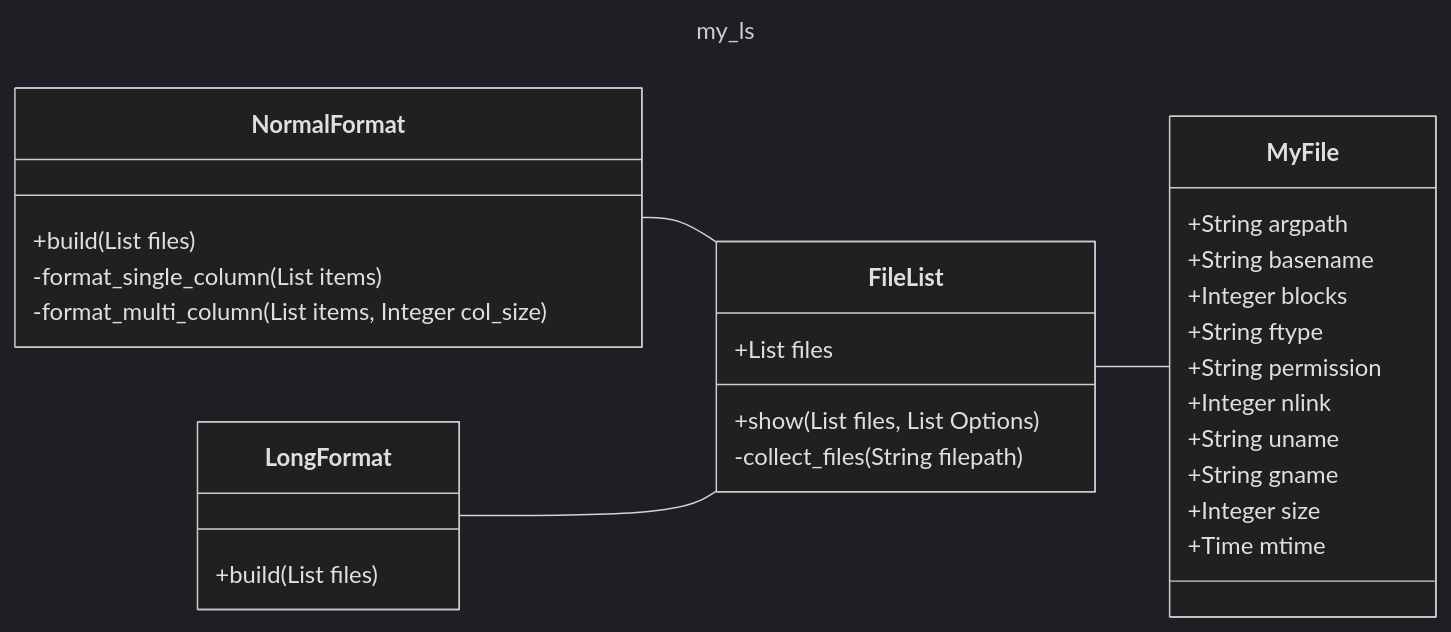
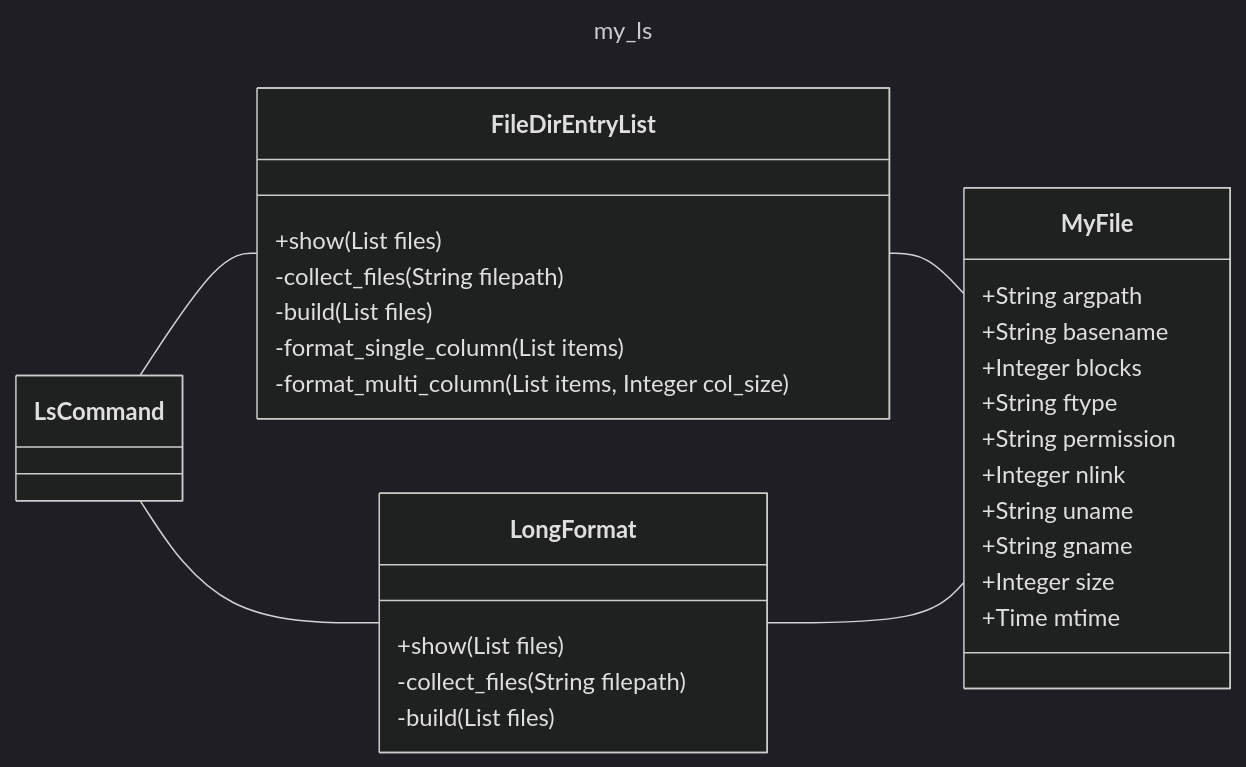
One commit to miyanew/ruby-practices changed the first of 2 diagrams in 07.ls_object/doc/class_diagram.md. Above: the diagram before and after it, drawn with Mermaid (dark theme). The commit also changed other lines of this file, not shown here.

Commit message:
クラス図の修正。呼出し元を明示

````diff
--- a/07.ls_object/doc/class_diagram.md
+++ b/07.ls_object/doc/class_diagram.md
@@ -1,36 +1,38 @@
 ```mermaid
 ---
 title: my_ls
 ---
 
 classDiagram
     direction LR
-    NormalFormat -- FileList
-    LongFormat -- FileList
-    FileList -- MyFile
-    class NormalFormat{
-      +build(List files)
+    LsCommand -- FileDirEntryList
+    LsCommand -- LongFormat
+    FileDirEntryList -- MyFile
+    LongFormat -- MyFile
+
+    class FileDirEntryList{
+      +show(List files)
+      -collect_files(String filepath)
+      -build(List files)
       -format_single_column(List items)
       -format_multi_column(List items, Integer col_size)
     }
     class LongFormat{
-      +build(List files)
-    }
-    class FileList{
-      +List files
-      +show(List files, List Options)
+      +show(List files)
       -collect_files(String filepath)
+      -build(List files)
     }
     class MyFile{
       +String argpath
       +String basename
       +Integer blocks
       +String ftype
       +String permission
       +Integer nlink
       +String uname
       +String gname
       +Integer size
       +Time mtime
     }
+
 ```
````
